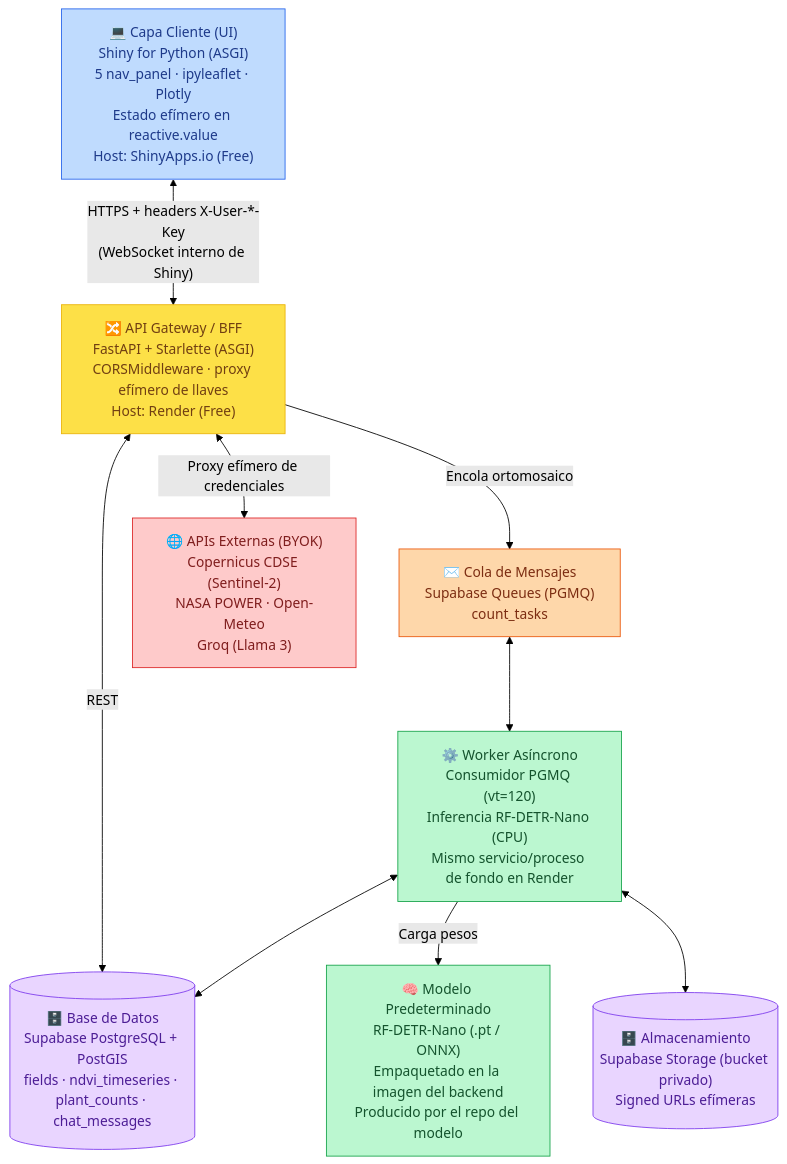
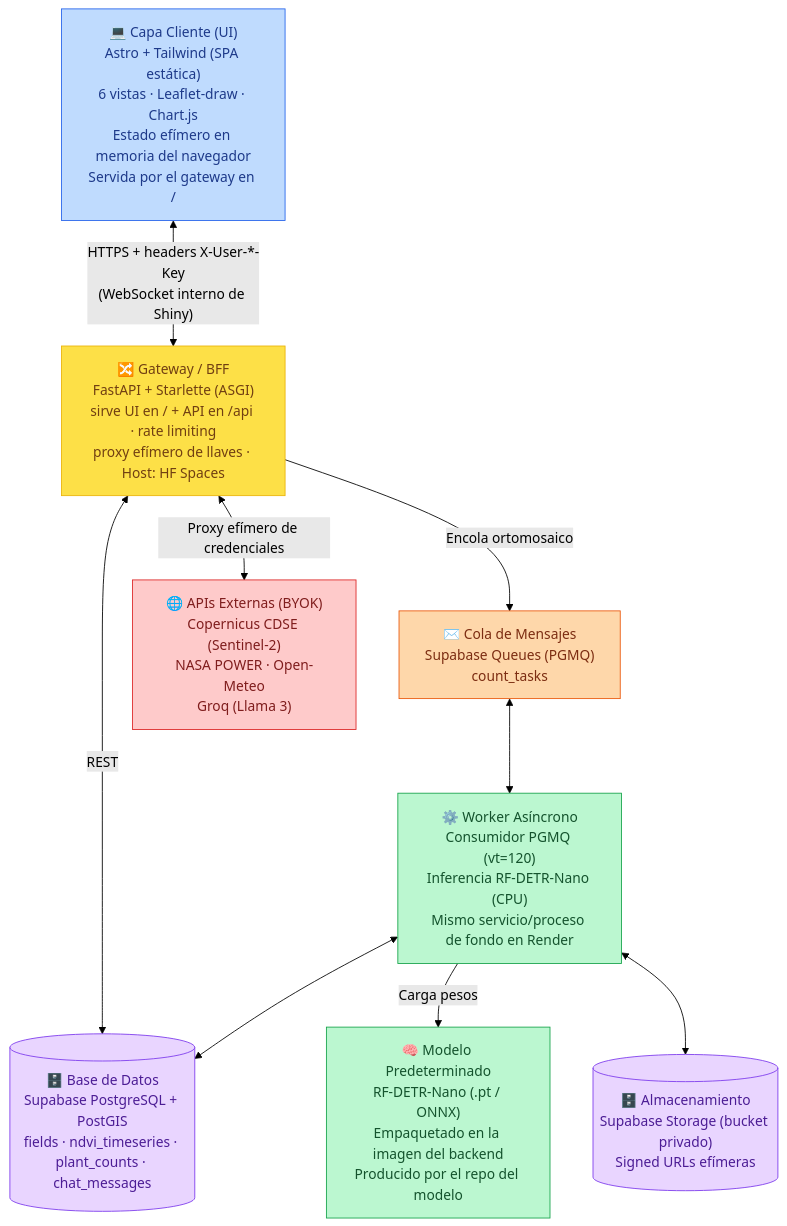
One commit to AlexPrietoRomani/AgroVision changed the first of 3 diagrams in docs/reference/description_proyecto_agrovision.md. Above: the diagram before and after it, drawn with Mermaid (forest theme). The commit also changed other lines of this file and 3 other files, not shown here.

Commit message:
docs: actualiza arquitectura/README/definición/ejecución a Astro+HF Spaces sin Shiny + §8 seguridad

````diff
--- a/docs/reference/description_proyecto_agrovision.md
+++ b/docs/reference/description_proyecto_agrovision.md
@@ -38,33 +40,33 @@
 ```mermaid
 flowchart TD
     classDef frontend fill:#BFDBFE,stroke:#2563EB,color:#1E3A8A
     classDef gateway fill:#FDE047,stroke:#EAB308,color:#713F12
     classDef service fill:#BBF7D0,stroke:#16A34A,color:#14532D
     classDef broker fill:#FED7AA,stroke:#EA580C,color:#7C2D12
     classDef db fill:#E9D5FF,stroke:#7C3AED,color:#4C1D95
     classDef ext fill:#FECACA,stroke:#DC2626,color:#7F1D1D
 
-    UI["💻 Capa Cliente (UI)<br/>Shiny for Python (ASGI)<br/>5 nav_panel · ipyleaflet · Plotly<br/>Estado efímero en reactive.value<br/>Host: ShinyApps.io (Free)"]:::frontend
+    UI["💻 Capa Cliente (UI)<br/>Astro + Tailwind (SPA estática)<br/>6 vistas · Leaflet-draw · Chart.js<br/>Estado efímero en memoria del navegador<br/>Servida por el gateway en /"]:::frontend
 
-    GW["🔀 API Gateway / BFF<br/>FastAPI + Starlette (ASGI)<br/>CORSMiddleware · proxy efímero de llaves<br/>Host: Render (Free)"]:::gateway
+    GW["🔀 Gateway / BFF<br/>FastAPI + Starlette (ASGI)<br/>sirve UI en / + API en /api · rate limiting<br/>proxy efímero de llaves · Host: HF Spaces"]:::gateway
 
     WK["⚙️ Worker Asíncrono<br/>Consumidor PGMQ (vt=120)<br/>Inferencia RF-DETR-Nano (CPU)<br/>Mismo servicio/proceso de fondo en Render"]:::service
 
     Q["✉️ Cola de Mensajes<br/>Supabase Queues (PGMQ)<br/>count_tasks"]:::broker
 
     DB[("🗄️ Base de Datos<br/>Supabase PostgreSQL + PostGIS<br/>fields · ndvi_timeseries · plant_counts · chat_messages")]:::db
     ST[("🗄️ Almacenamiento<br/>Supabase Storage (bucket privado)<br/>Signed URLs efímeras")]:::db
 
     MODEL["🧠 Modelo Predeterminado<br/>RF-DETR-Nano (.pt / ONNX)<br/>Empaquetado en la imagen del backend<br/>Producido por el repo del modelo"]:::service
 
     EXT["🌐 APIs Externas (BYOK)<br/>Copernicus CDSE (Sentinel-2)<br/>NASA POWER · Open-Meteo<br/>Groq (Llama 3)"]:::ext
 
     UI <-->|"HTTPS + headers X-User-*-Key<br/>(WebSocket interno de Shiny)"| GW
     GW <-->|REST| DB
     GW -->|"Encola ortomosaico"| Q
     Q <--> WK
     WK -->|"Carga pesos"| MODEL
     WK <--> ST
     WK <--> DB
     GW <-->|"Proxy efímero de credenciales"| EXT
 ```
````
